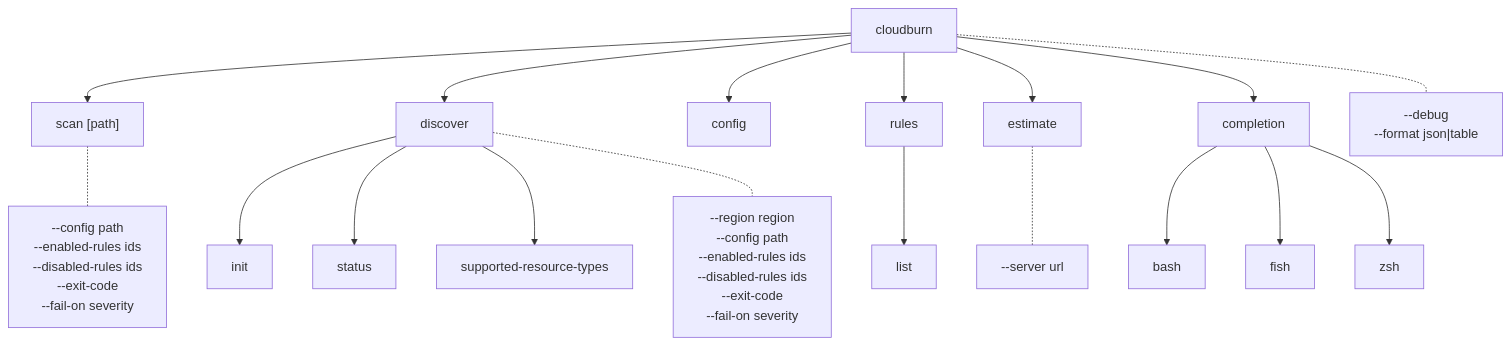
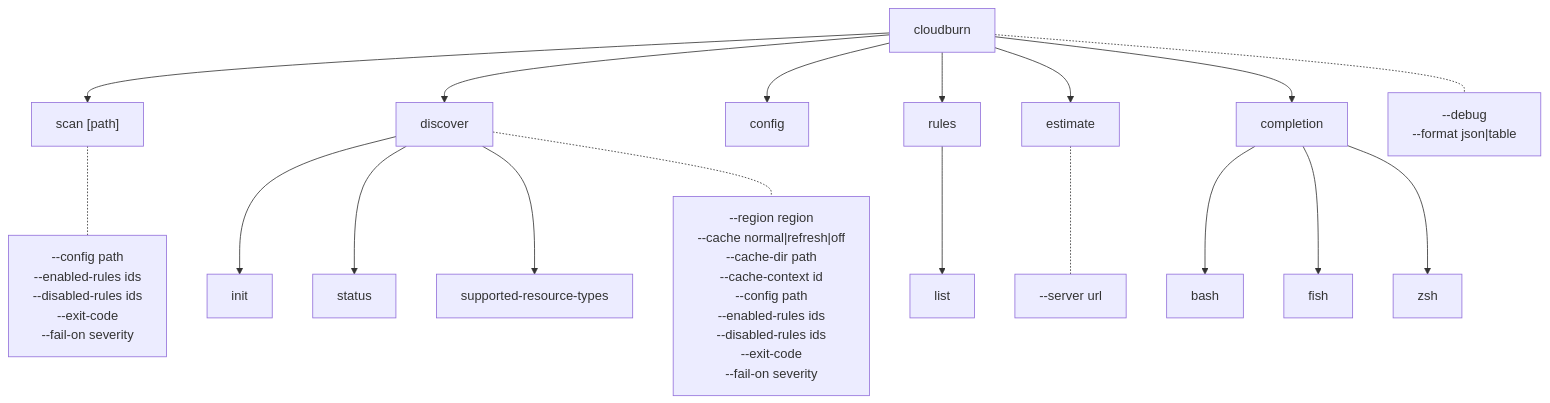
One commit to towardsthecloud/cloudburn changed the first of 2 diagrams in docs/architecture/cli.md. Above: the diagram before and after it, drawn with Mermaid. The commit also changed other lines of this file and 39 other files, not shown here.

````diff
--- a/docs/architecture/cli.md
+++ b/docs/architecture/cli.md
@@ -5,21 +5,21 @@
 ```mermaid
 graph TD
   Root["cloudburn"] --> Scan["scan [path]"]
   Root --> Discover["discover"]
   Root --> Config["config"]
   Root --> Rules["rules"]
   Root --> Estimate["estimate"]
   Root --> Completion["completion"]
   Rules --> RulesList["list"]
   Discover --> DiscoverInit["init"]
   Discover --> DiscoverStatus["status"]
   Discover --> DiscoverTypes["supported-resource-types"]
   Completion --> CompletionBash["bash"]
   Completion --> CompletionFish["fish"]
   Completion --> CompletionZsh["zsh"]
 
   Root -.- RootFlags["--debug\n--format json|table"]
   Scan -.- ScanFlags["--config path\n--enabled-rules ids\n--disabled-rules ids\n--exit-code\n--fail-on severity"]
-  Discover -.- DiscoverFlags["--region region\n--config path\n--enabled-rules ids\n--disabled-rules ids\n--exit-code\n--fail-on severity"]
+  Discover -.- DiscoverFlags["--region region\n--cache normal|refresh|off\n--cache-dir path\n--cache-context id\n--config path\n--enabled-rules ids\n--disabled-rules ids\n--exit-code\n--fail-on severity"]
   Estimate -.- EstimateFlags["--server url"]
 ```
````
